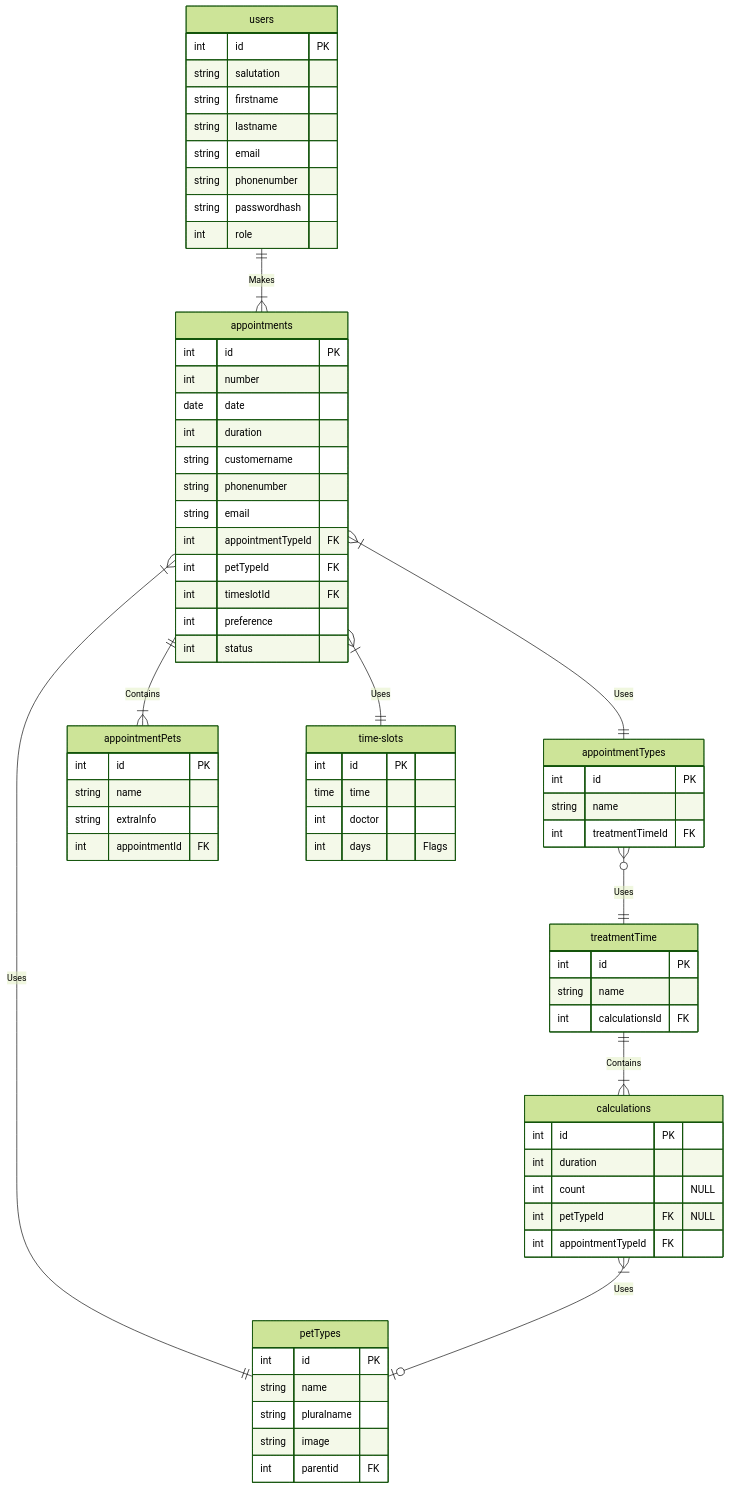
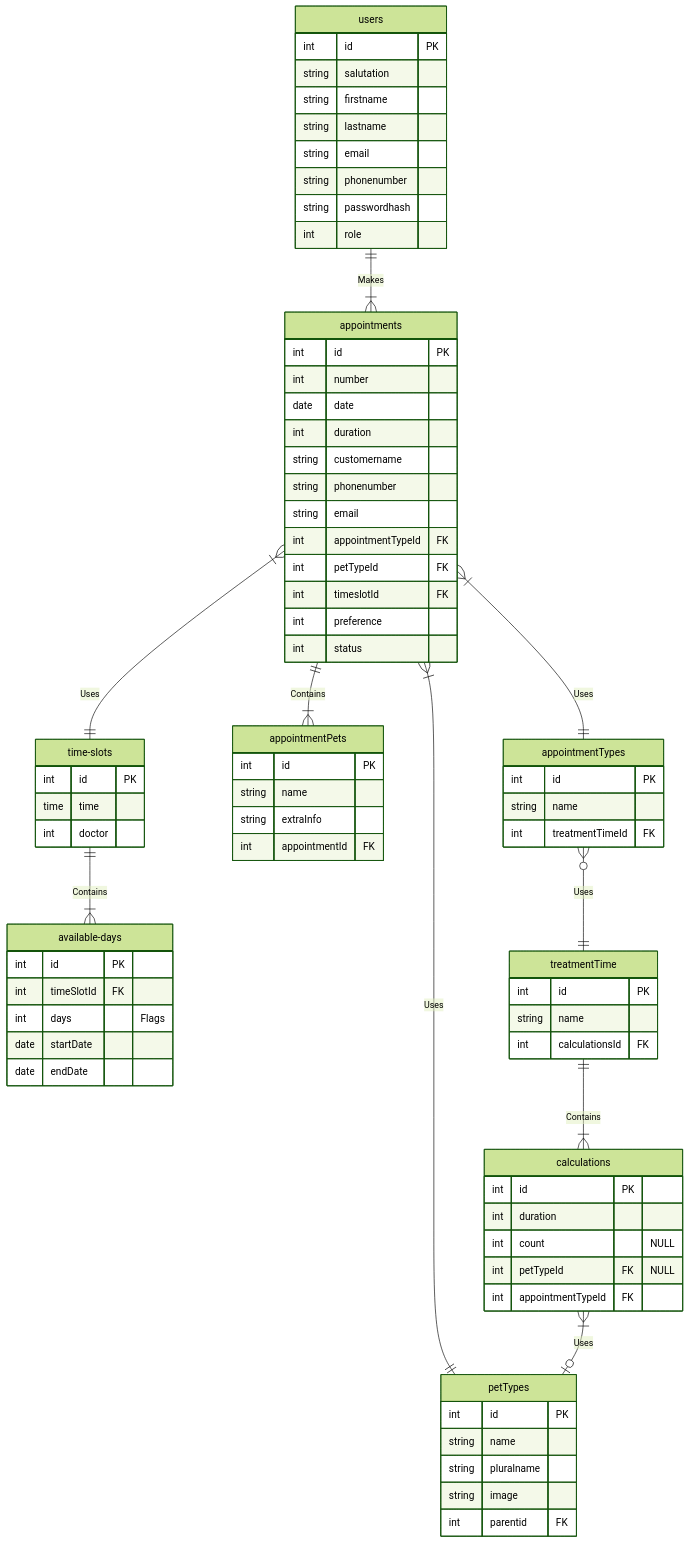
The diagram in BackendASP/Designs/mermaiderd.md (Educom-Trainees/educom-dierenartsen), drawn with Mermaid (forest theme) before and after one commit. The commit also changed 21 other files, not shown here.

```diff
--- a/BackendASP/Designs/mermaiderd.md
+++ b/BackendASP/Designs/mermaiderd.md
@@ -28,11 +28,19 @@
         int parentid FK
     } 
 
+    time-slots ||--|{ available-days : Contains
     time-slots {
         int    id                PK
         time time
         int doctor    
+    }
+
+    available-days {
+        int id              PK
+        int timeSlotId      FK
         int days "Flags"
+        date startDate
+        date endDate
     }
 
     users ||--|{ appointments : Makes
```
